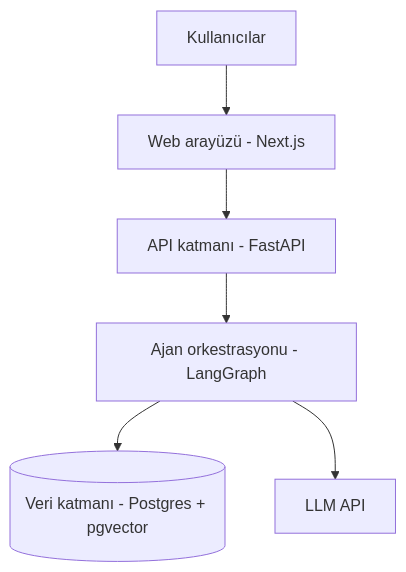
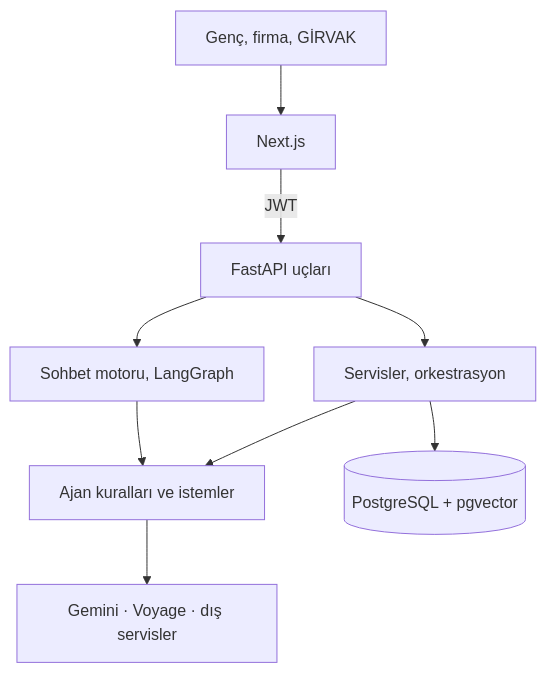
Before and after one commit to zuhrekorhn/Zemin360-Hackathon: the diagram in README.md, drawn with Mermaid. The commit also changed other lines of this file, not shown here.

Commit message:
README jüri için yeniden: ihtiyaç alanı–ajan eşlemesi, yapay zekâ nerede ve nasıl ölçüldü, mimari, Docker'sız kurulum, demo hesapları, testler, belge dizini, bilinen sınırlar

````diff
--- a/README.md
+++ b/README.md
@@ -26,8 +59,11 @@
 ```mermaid
 flowchart TD
-  U[Kullanıcılar] --> W[Web arayüzü - Next.js]
-  W --> A[API katmanı - FastAPI]
-  A --> O[Ajan orkestrasyonu - LangGraph]
-  O --> D[(Veri katmanı - Postgres + pgvector)]
-  O --> L[LLM API]
+  U[Genç, firma, GİRVAK] --> W[Next.js]
+  W -->|JWT| A[FastAPI uçları]
+  A --> S[Servisler, orkestrasyon]
+  A --> M[Sohbet motoru, LangGraph]
+  S --> G[Ajan kuralları ve istemler]
+  M --> G
+  S --> D[(PostgreSQL + pgvector)]
+  G --> L[Gemini · Voyage · dış servisler]
 ```
````
